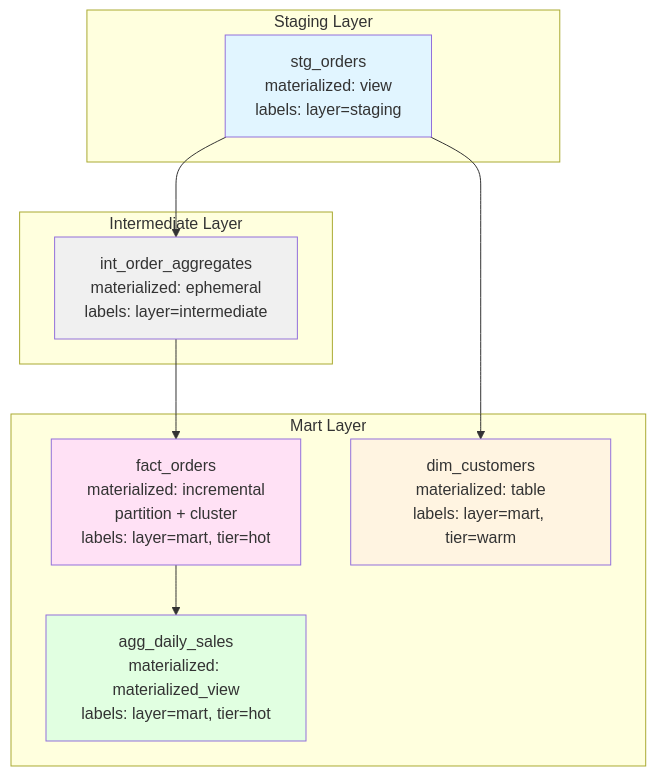
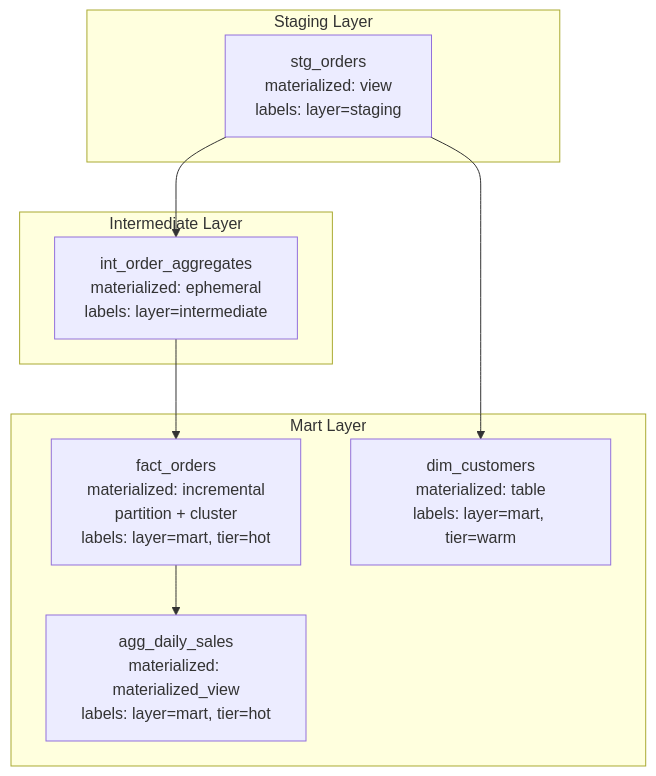
Before and after one commit to 1210yuichi0/1210yuichi0.github.io: the second of 3 diagrams in content/Tech/dbt/categories/models/advanced-settings.md, drawn with Mermaid. The commit also changed other lines of this file and 22 other files, not shown here.

First line of the commit message:
style: remove Mermaid style directives for dark mode compatibility

````diff
--- a/content/Tech/dbt/categories/models/advanced-settings.md
+++ b/content/Tech/dbt/categories/models/advanced-settings.md
@@ -194,27 +191,22 @@
 ```mermaid
 graph TD
     subgraph "Staging Layer"
         S1[stg_orders<br/>materialized: view<br/>labels: layer=staging]
     end
 
     subgraph "Intermediate Layer"
         I1[int_order_aggregates<br/>materialized: ephemeral<br/>labels: layer=intermediate]
     end
 
     subgraph "Mart Layer"
         M1[fact_orders<br/>materialized: incremental<br/>partition + cluster<br/>labels: layer=mart, tier=hot]
         M2[dim_customers<br/>materialized: table<br/>labels: layer=mart, tier=warm]
         M3[agg_daily_sales<br/>materialized: materialized_view<br/>labels: layer=mart, tier=hot]
     end
 
     S1 --> I1
     I1 --> M1
     S1 --> M2
     M1 --> M3
 
-    style S1 fill:#e1f5ff
-    style I1 fill:#f0f0f0
-    style M1 fill:#ffe1f5
-    style M2 fill:#fff4e1
-    style M3 fill:#e1ffe1
 ```
````
